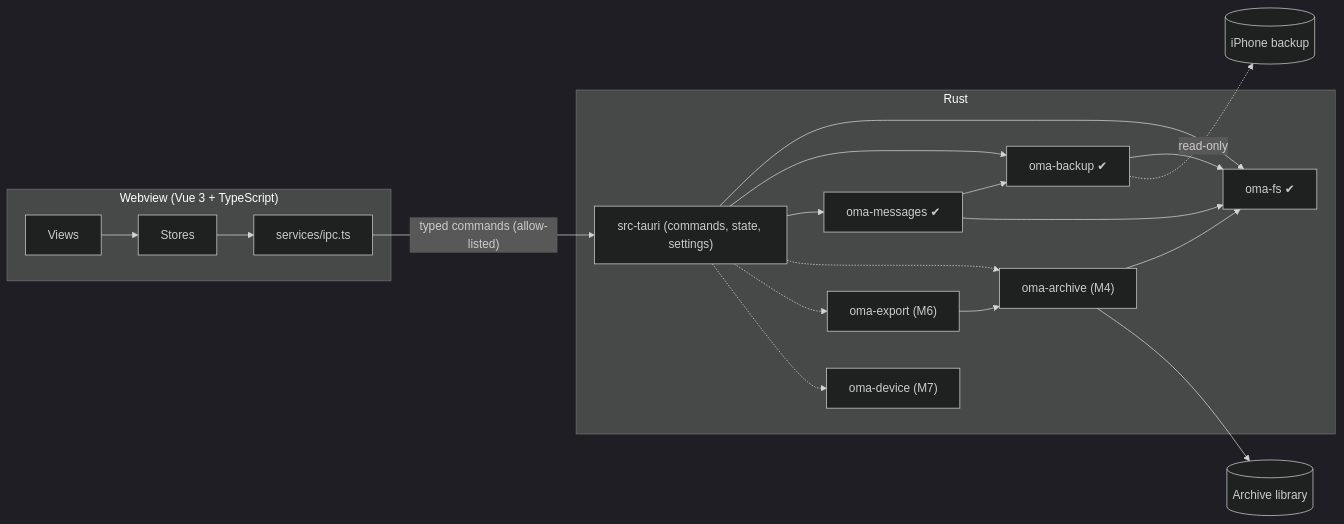
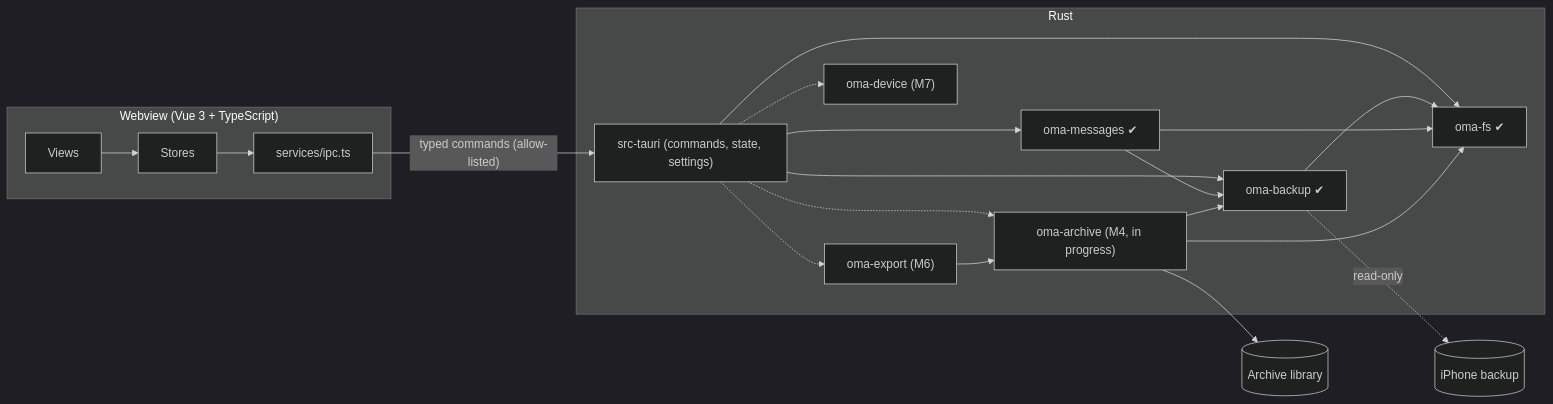
The diagram in Apps/openmessage-archive/docs/architecture.md (VibeForge-Systems/From_the_Forge), drawn with Mermaid (dark theme) before and after one commit. The commit also changed other lines of this file and 39 other files, not shown here.

First line of the commit message:
feat(openmessage-archive): oma-archive skeleton with schema v1, locking and migrations

````diff
--- a/Apps/openmessage-archive/docs/architecture.md
+++ b/Apps/openmessage-archive/docs/architecture.md
@@ -49,23 +49,24 @@
 ```mermaid
 flowchart LR
   subgraph Webview["Webview (Vue 3 + TypeScript)"]
     Views --> Stores --> IPC["services/ipc.ts"]
   end
   IPC -- "typed commands (allow-listed)" --> Shell
   subgraph Rust
     Shell["src-tauri (commands, state, settings)"]
     Shell --> FS["oma-fs ✔"]
     Shell --> Backup["oma-backup ✔"]
     Shell --> Messages["oma-messages ✔"]
-    Shell -.-> Archive["oma-archive (M4)"]
+    Shell -.-> Archive["oma-archive (M4, in progress)"]
     Shell -.-> Export["oma-export (M6)"]
     Shell -.-> Device["oma-device (M7)"]
     Backup --> FS
     Messages --> Backup
     Messages --> FS
     Archive --> FS
+    Archive --> Backup
     Export --> Archive
   end
   Backup -. read-only .-> SRC[("iPhone backup")]
   Archive --> LIB[("Archive library")]
 ```
````
